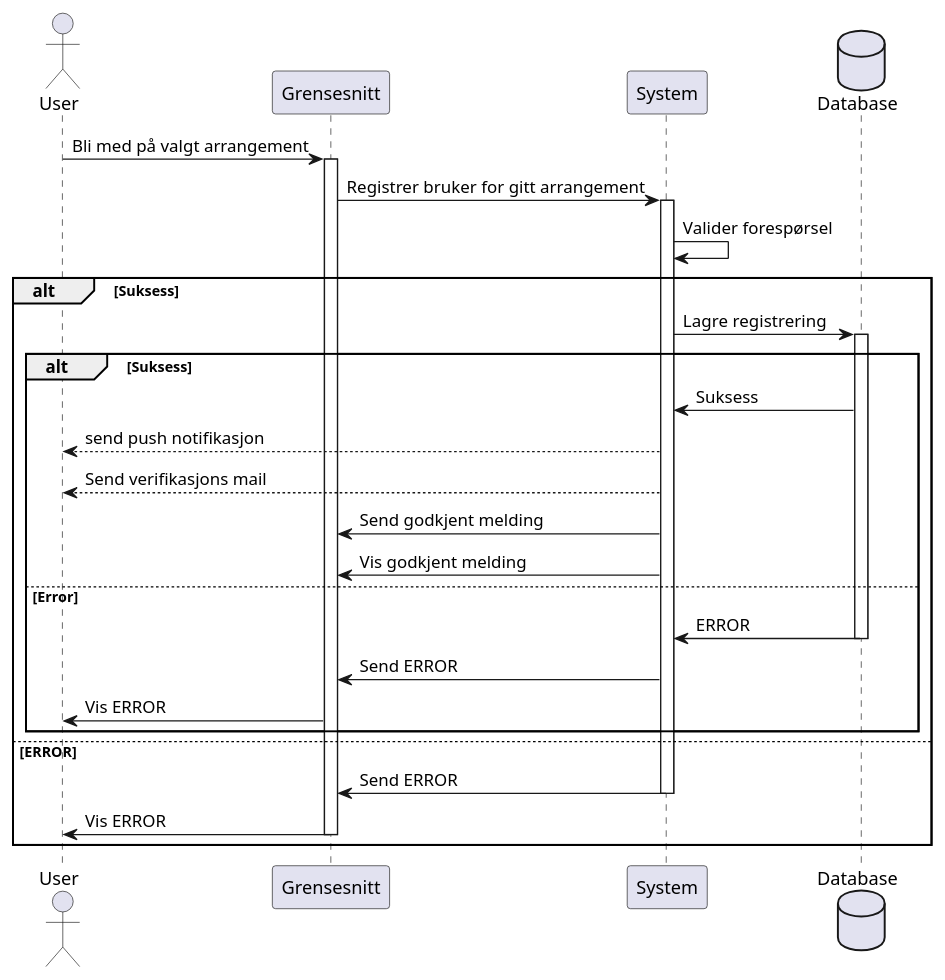
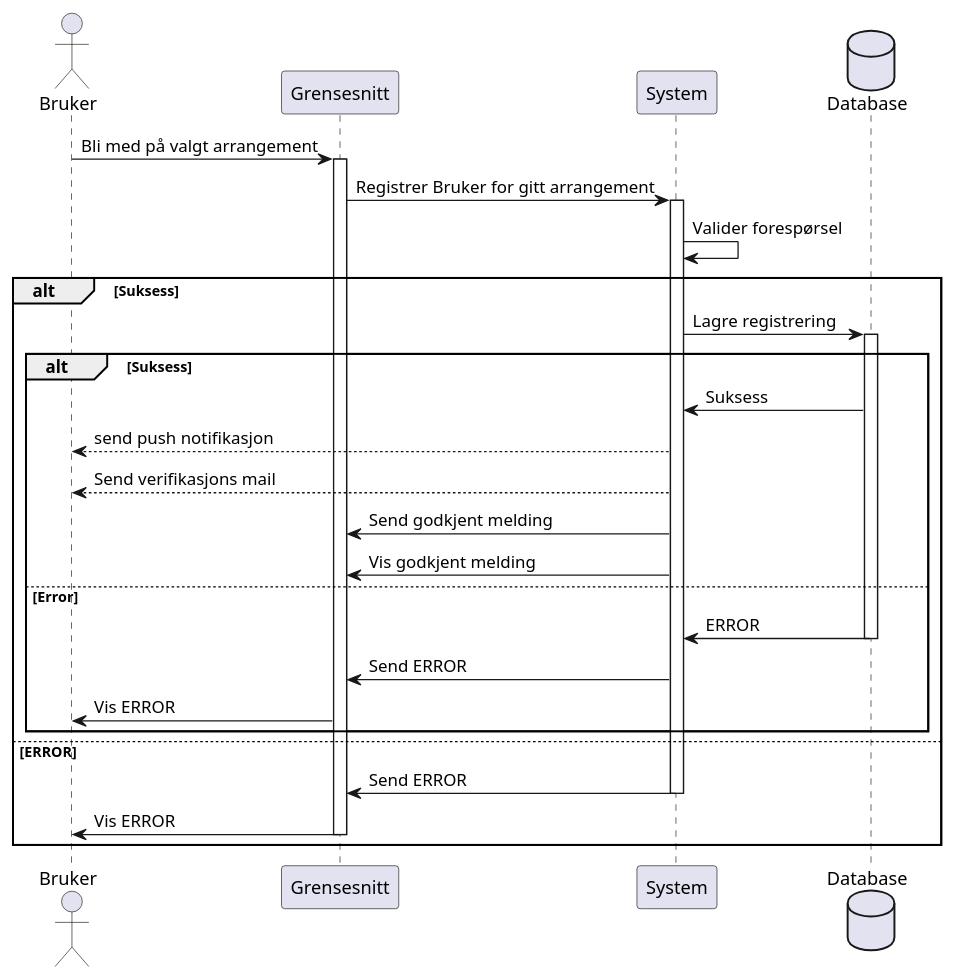
The diagram in finAndJoinArrangement.puml (Mathiasn21/Group_project_software_engineering), drawn with PlantUML before and after one commit. The commit also changed 2 other files, not shown here.

```diff
--- a/finAndJoinArrangement.puml
+++ b/finAndJoinArrangement.puml
@@ -1,35 +1,35 @@
 @startuml
-actor User
+actor Bruker
 participant Grensesnitt
 participant System
 database Database
 
-User -> Grensesnitt: Bli med på valgt arrangement
+Bruker -> Grensesnitt: Bli med på valgt arrangement
 activate Grensesnitt
-Grensesnitt -> System: Registrer bruker for gitt arrangement
+Grensesnitt -> System: Registrer Bruker for gitt arrangement
 activate System
 System -> System: Valider forespørsel
 
 alt Suksess
     System -> Database: Lagre registrering
     activate Database
     alt Suksess
     Database -> System: Suksess
-    System --> User: send push notifikasjon
-    System --> User: Send verifikasjons mail
+    System --> Bruker: send push notifikasjon
+    System --> Bruker: Send verifikasjons mail
     System -> Grensesnitt: Send godkjent melding
     System -> Grensesnitt: Vis godkjent melding
 
     else Error
     Database -> System: ERROR
     deactivate Database
     System -> Grensesnitt: Send ERROR
-    Grensesnitt -> User: Vis ERROR
+    Grensesnitt -> Bruker: Vis ERROR
     end
 else ERROR
     System -> Grensesnitt: Send ERROR
     deactivate System
-    Grensesnitt -> User: Vis ERROR
+    Grensesnitt -> Bruker: Vis ERROR
     deactivate Grensesnitt
 end
 @enduml
```
